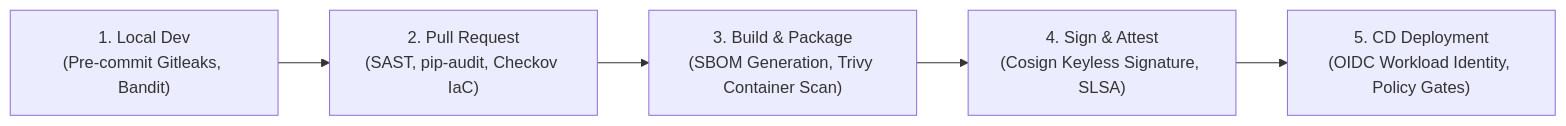
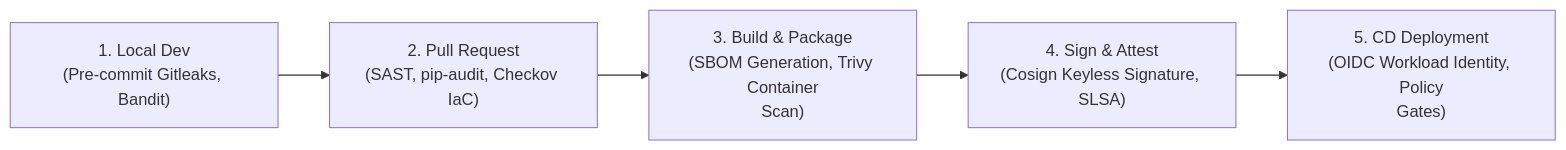
One commit to santoshjammi29/security-handbook changed the diagram in modules/05_devsecops_cicd_and_supply_chain/README.md. Above: the diagram before and after it, drawn with Mermaid. The commit also changed 22 other files, not shown here.

Commit message:
fix(diagrams): word-wrap labels and escape comparison operators across all diagrams

````diff
--- a/modules/05_devsecops_cicd_and_supply_chain/README.md
+++ b/modules/05_devsecops_cicd_and_supply_chain/README.md
@@ -7,7 +7,7 @@
 ```mermaid
 flowchart LR
-    Dev["1. Local Dev<br>(Pre-commit Gitleaks, Bandit)"] --> PR["2. Pull Request<br>(SAST, pip-audit, Checkov IaC)"]
-    PR --> Build["3. Build & Package<br>(SBOM Generation, Trivy Container Scan)"]
-    Build --> Sign["4. Sign & Attest<br>(Cosign Keyless Signature, SLSA)"]
-    Sign --> Deploy["5. CD Deployment<br>(OIDC Workload Identity, Policy Gates)"]
+    Dev["1. Local Dev<br/>(Pre-commit Gitleaks, Bandit)"] --> PR["2. Pull Request<br/>(SAST, pip-audit, Checkov IaC)"]
+    PR --> Build["3. Build & Package<br/>(SBOM Generation, Trivy Container<br/>Scan)"]
+    Build --> Sign["4. Sign & Attest<br/>(Cosign Keyless Signature, SLSA)"]
+    Sign --> Deploy["5. CD Deployment<br/>(OIDC Workload Identity, Policy<br/>Gates)"]
 ```
````
